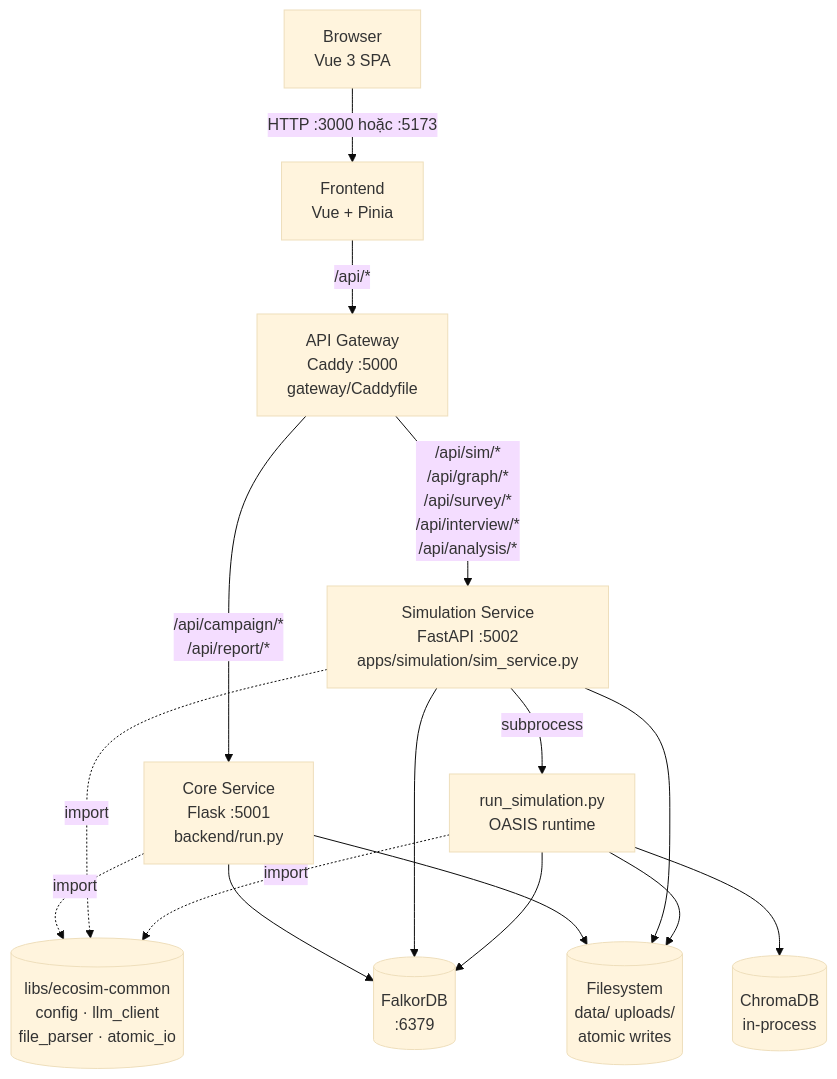
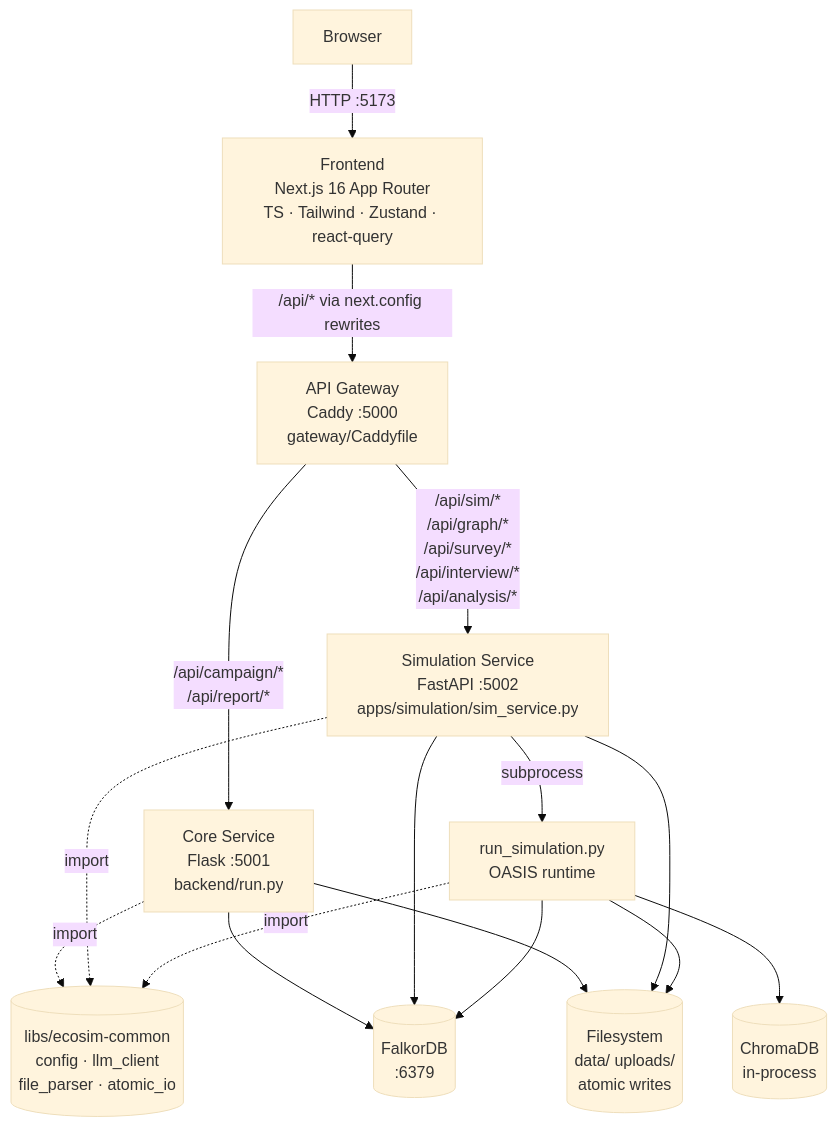
One commit to qchien643/EcoSim changed the first of 3 diagrams in docs/02_architecture.md. Above: the diagram before and after it, drawn with Mermaid (base theme). The commit also changed other lines of this file and 176 other files, not shown here.

First line of the commit message:
Frontend rewrite to Next.js 16 + KG persistence + sim runtime hybrid

````diff
--- a/docs/02_architecture.md
+++ b/docs/02_architecture.md
@@ -7,27 +7,27 @@
 ```mermaid
 flowchart TB
-    Browser[Browser<br/>Vue 3 SPA] -->|HTTP :3000 hoặc :5173| Frontend
-    Frontend[Frontend<br/>Vue + Pinia] -->|/api/*| Gateway
+    Browser[Browser] -->|HTTP :5173| Frontend
+    Frontend[Frontend<br/>Next.js 16 App Router<br/>TS · Tailwind · Zustand · react-query] -->|/api/* via next.config rewrites| Gateway
 
     Gateway[API Gateway<br/>Caddy :5000<br/>gateway/Caddyfile]
 
     Gateway -->|/api/campaign/*<br/>/api/report/*| Core
     Gateway -->|/api/sim/*<br/>/api/graph/*<br/>/api/survey/*<br/>/api/interview/*<br/>/api/analysis/*| Sim
 
     Core[Core Service<br/>Flask :5001<br/>backend/run.py]
     Sim[Simulation Service<br/>FastAPI :5002<br/>apps/simulation/sim_service.py]
 
     Shared[(libs/ecosim-common<br/>config · llm_client<br/>file_parser · atomic_io)]
     Core -.import.-> Shared
     Sim -.import.-> Shared
 
     Core --> FalkorDB[(FalkorDB<br/>:6379)]
     Core --> FS[(Filesystem<br/>data/ uploads/<br/>atomic writes)]
     Sim --> FalkorDB
     Sim --> FS
     Sim -->|subprocess| Runner[run_simulation.py<br/>OASIS runtime]
     Runner -.import.-> Shared
     Runner --> FalkorDB
     Runner --> FS
     Runner --> ChromaDB[(ChromaDB<br/>in-process)]
 ```
````
